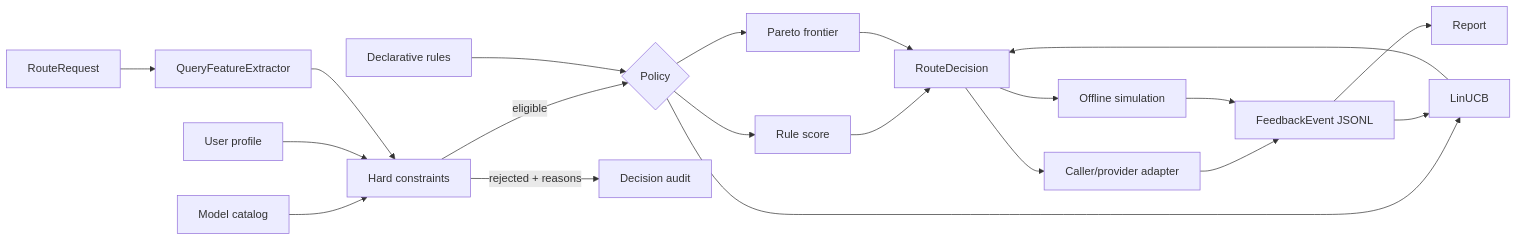
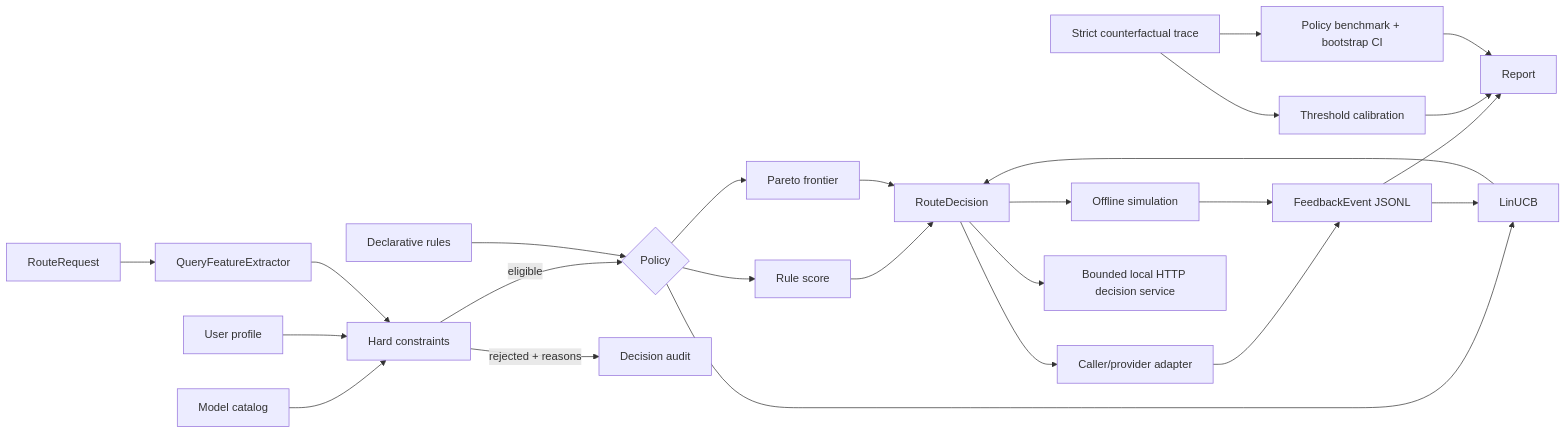
Before and after one commit to appleweiping/FacetRoute: the diagram in README.md, drawn with Mermaid. The commit also changed other lines of this file and 32 other files, not shown here.

Commit message:
Add calibrated routing benchmarks and decision service

````diff
--- a/README.md
+++ b/README.md
@@ -34,22 +35,27 @@
 ```mermaid
 flowchart LR
     Q[RouteRequest] --> F[QueryFeatureExtractor]
     C[Model catalog] --> H[Hard constraints]
     P[User profile] --> H
     F --> H
     H -->|eligible| S{Policy}
     H -->|rejected + reasons| X[Decision audit]
     R[Declarative rules] --> S
     S --> A[Rule score]
     S --> B[Pareto frontier]
     S --> U[LinUCB]
     A --> D[RouteDecision]
     B --> D
     U --> D
     D --> E[Offline simulation]
     D --> APP[Caller/provider adapter]
     APP --> FB[FeedbackEvent JSONL]
     E --> FB
     FB --> U
     FB --> REP[Report]
+    T[Strict counterfactual trace] --> CAL[Threshold calibration]
+    T --> BENCH[Policy benchmark + bootstrap CI]
+    CAL --> REP
+    BENCH --> REP
+    D --> HTTP[Bounded local HTTP decision service]
 ```
````
